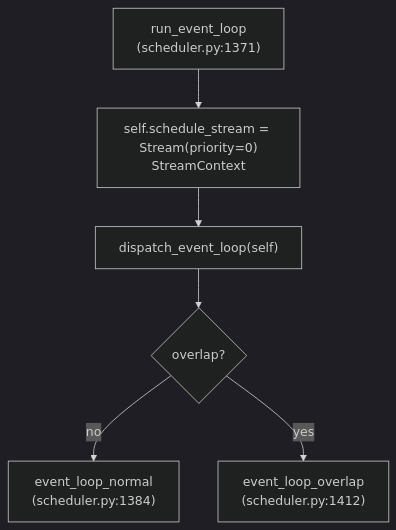
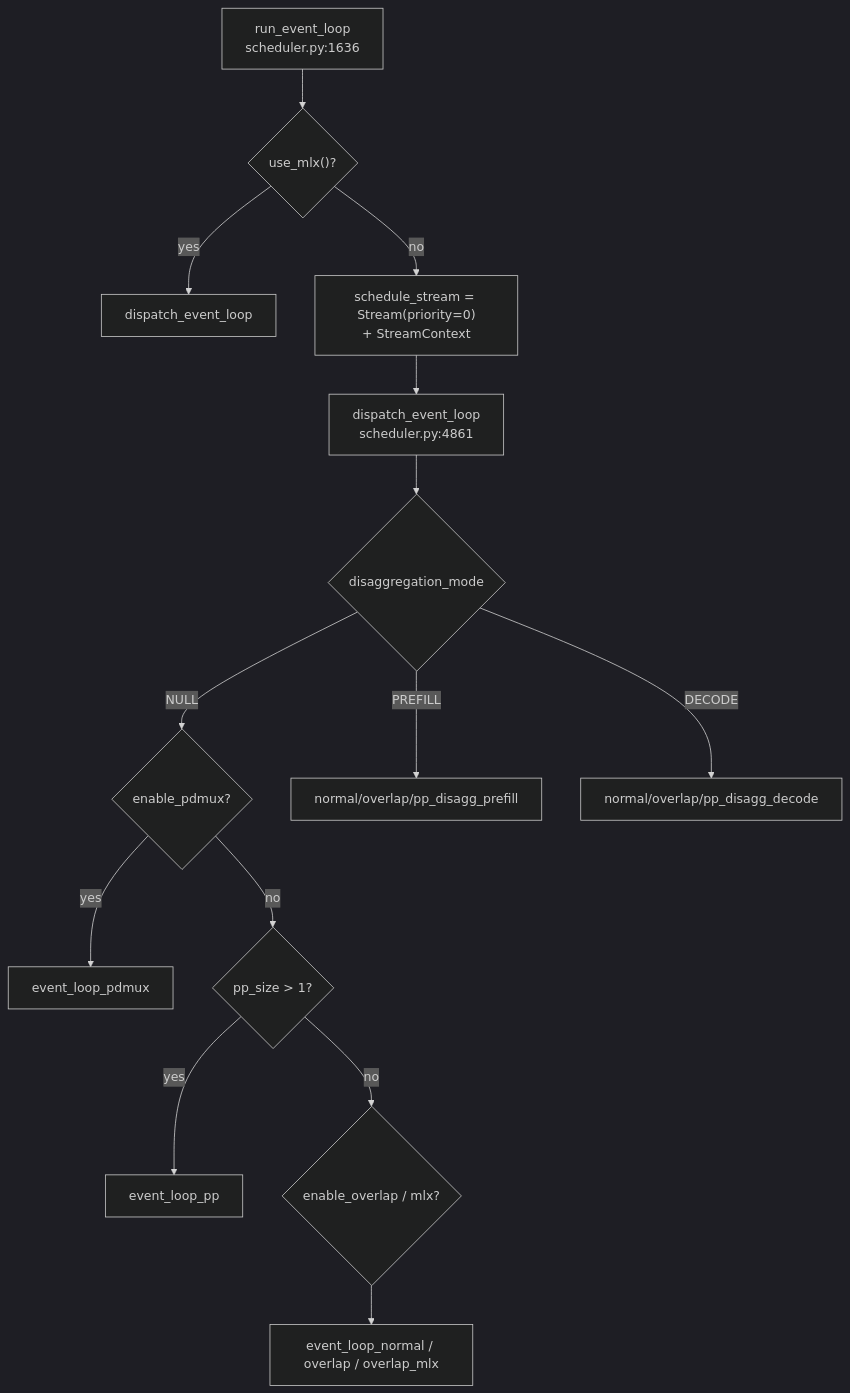
The second of 2 diagrams in sglang/entities/Scheduler.md (learning-sketch/wiki), drawn with Mermaid (dark theme) before and after one commit. The commit also changed other lines of this file and 7 other files, not shown here.

````diff
--- a/sglang/entities/Scheduler.md
+++ b/sglang/entities/Scheduler.md
@@ -164,8 +203,16 @@
 ```mermaid
 flowchart TB
-    Run["run_event_loop<br/>(scheduler.py:1371)"] --> Stream["self.schedule_stream = Stream(priority=0)<br/>StreamContext"]
-    Stream --> Dispatch["dispatch_event_loop(self)"]
-    Dispatch --> Normal{"overlap?"}
-    Normal -- no --> EN["event_loop_normal<br/>(scheduler.py:1384)"]
-    Normal -- yes --> EO["event_loop_overlap<br/>(scheduler.py:1412)"]
+    Run["run_event_loop<br/>scheduler.py:1636"] --> MLX{"use_mlx()?"}
+    MLX -- yes --> Disp1["dispatch_event_loop"]
+    MLX -- no --> Stream["schedule_stream = Stream(priority=0)<br/>+ StreamContext"]
+    Stream --> Disp2["dispatch_event_loop<br/>scheduler.py:4861"]
+    Disp2 --> Null{"disaggregation_mode"}
+    Null -- NULL --> Pdmux{"enable_pdmux?"}
+    Pdmux -- yes --> EPdmux["event_loop_pdmux"]
+    Pdmux -- no --> PP{"pp_size > 1?"}
+    PP -- yes --> EPP["event_loop_pp"]
+    PP -- no --> Ov{"enable_overlap / mlx?"}
+    Ov --> EN["event_loop_normal / overlap / overlap_mlx"]
+    Null -- PREFILL --> Pref["normal/overlap/pp_disagg_prefill"]
+    Null -- DECODE --> Dec["normal/overlap/pp_disagg_decode"]
 ```
````
